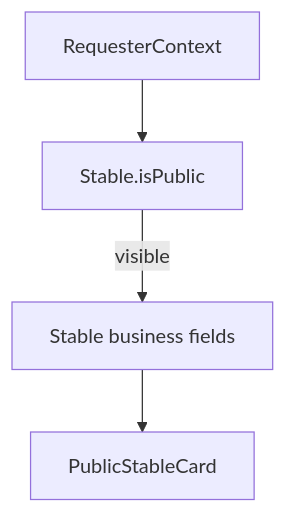
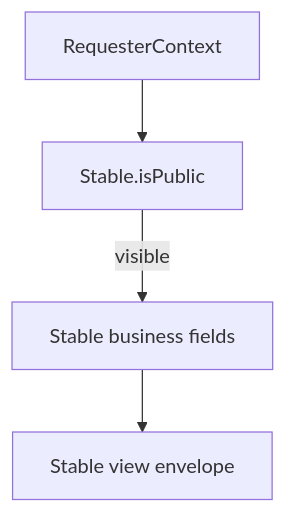
Before and after one commit to jpsm83/horse: the diagram in equus/docs/engineering/entities/stables.md, drawn with Mermaid. The commit also changed other lines of this file and 9 other files, not shown here.

Commit message:
docs: point entity GET at getXView after card removal

````diff
--- a/equus/docs/engineering/entities/stables.md
+++ b/equus/docs/engineering/entities/stables.md
@@ -27,11 +27,11 @@
 ```mermaid
 flowchart TB
   requester[RequesterContext]
   stableRules[Stable.isPublic]
   entityContact[Stable business fields]
-  publicCard[PublicStableCard]
+  viewEnvelope[Stable view envelope]
 
   requester --> stableRules
   stableRules -->|"visible"| entityContact
-  entityContact --> publicCard
+  entityContact --> viewEnvelope
 ```
````
